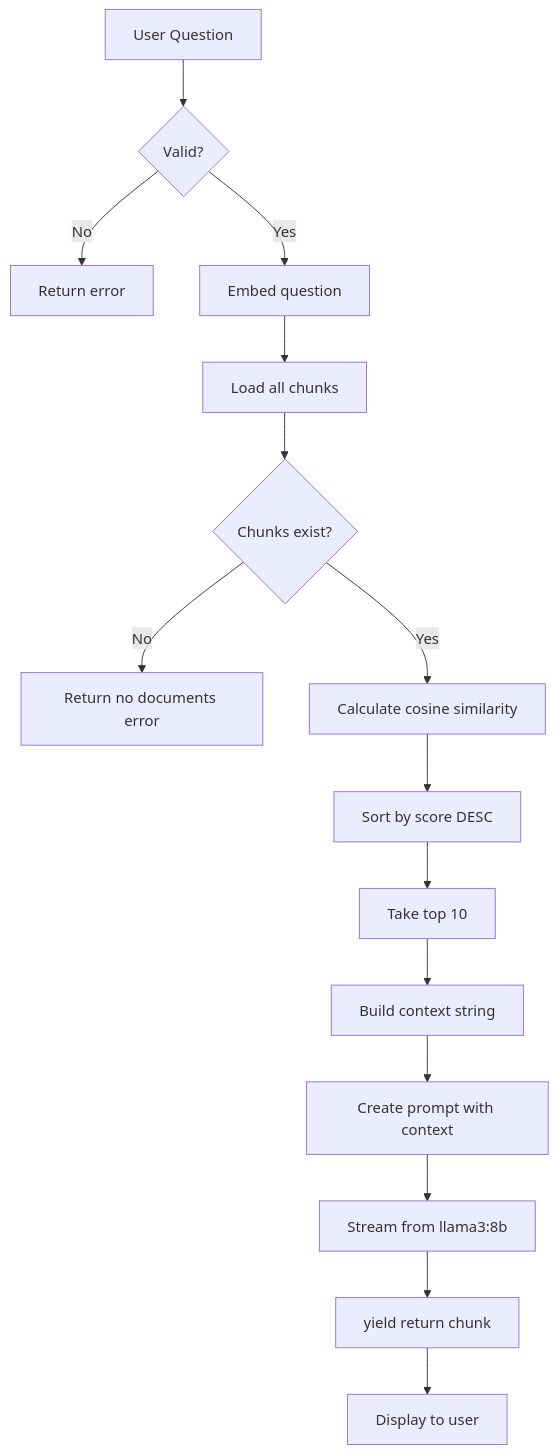
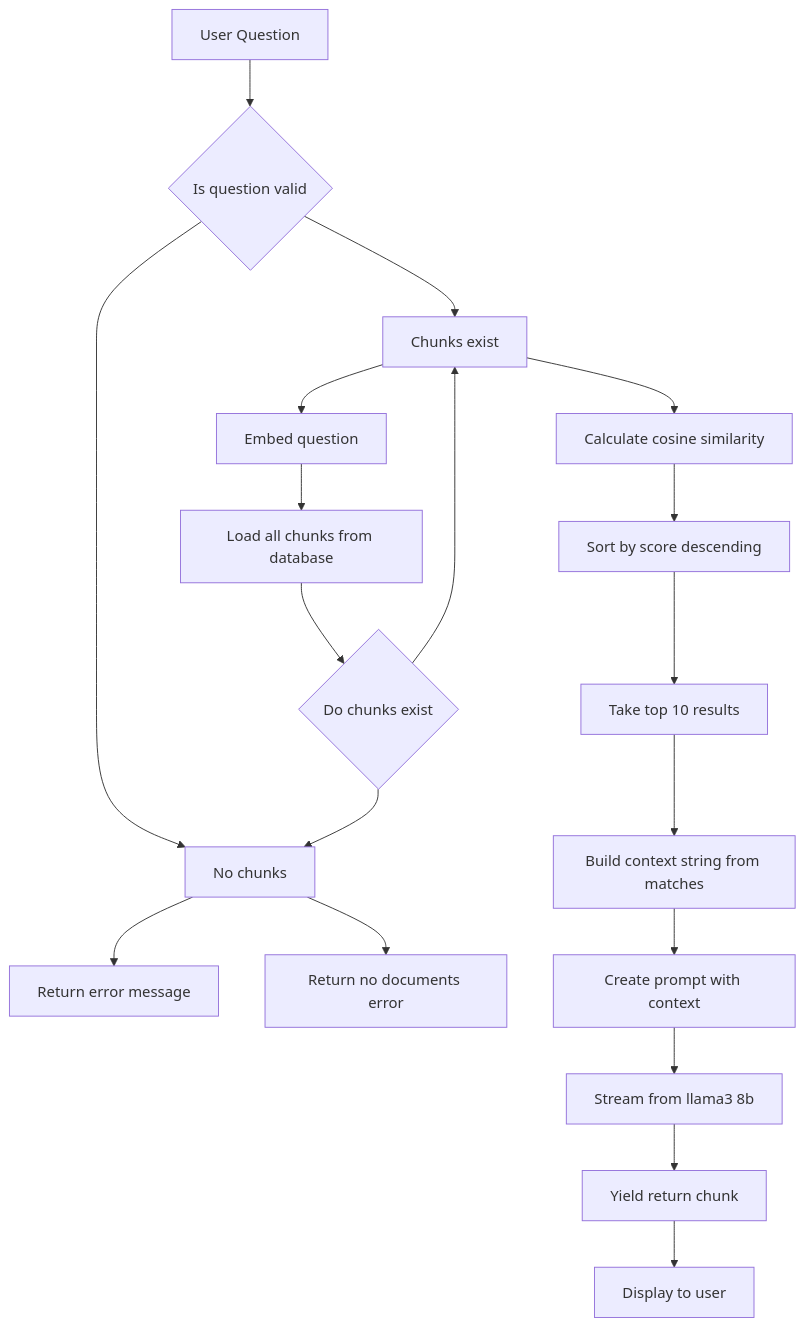
Before and after one commit to andikatjacobdennis/Local-RAG-With-OllamaSharp: the fifth of 11 diagrams in doc/Technical Architecture Document.md, drawn with Mermaid. The commit also changed other lines of this file, not shown here.

````diff
--- a/doc/Technical Architecture Document.md
+++ b/doc/Technical Architecture Document.md
@@ -305,21 +308,21 @@
 ```mermaid
 flowchart TD
-    Q[User Question] --> VALIDATE{Valid?}
-    VALIDATE -->|No| ERROR[Return error]
-    VALIDATE -->|Yes| EMBED_Q[Embed question]
+    Q[User Question] --> VALIDATE{Is question valid}
+    VALIDATE --> No[Not valid] --> ERROR[Return error message]
+    VALIDATE --> Yes[Valid] --> EMBED_Q[Embed question]
     
-    EMBED_Q --> LOAD[Load all chunks]
-    LOAD --> CHECK{Chunks exist?}
-    CHECK -->|No| NO_DOCS[Return no documents error]
+    EMBED_Q --> LOAD[Load all chunks from database]
+    LOAD --> CHECK{Do chunks exist}
+    CHECK --> No[No chunks] --> NO_DOCS[Return no documents error]
     
-    CHECK -->|Yes| SIM[Calculate cosine similarity]
-    SIM --> SORT[Sort by score DESC]
-    SORT --> TOP[Take top 10]
+    CHECK --> Yes[Chunks exist] --> SIM[Calculate cosine similarity]
+    SIM --> SORT[Sort by score descending]
+    SORT --> TOP[Take top 10 results]
     
-    TOP --> BUILD[Build context string]
+    TOP --> BUILD[Build context string from matches]
     BUILD --> PROMPT[Create prompt with context]
-    PROMPT --> STREAM[Stream from llama3:8b]
+    PROMPT --> STREAM[Stream from llama3 8b]
     
-    STREAM --> YIELD[yield return chunk]
+    STREAM --> YIELD[Yield return chunk]
     YIELD --> USER[Display to user]
 ```
````
